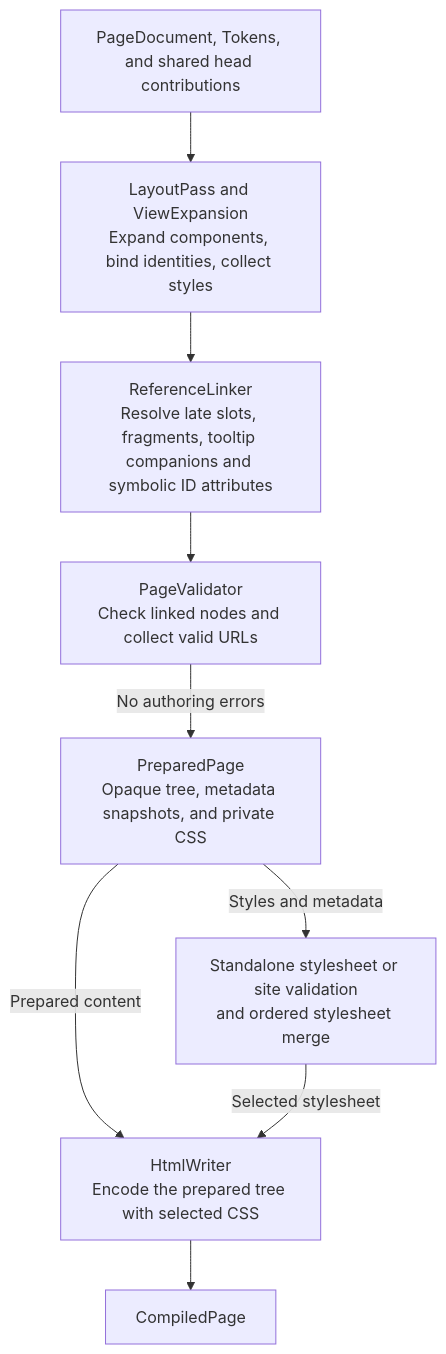
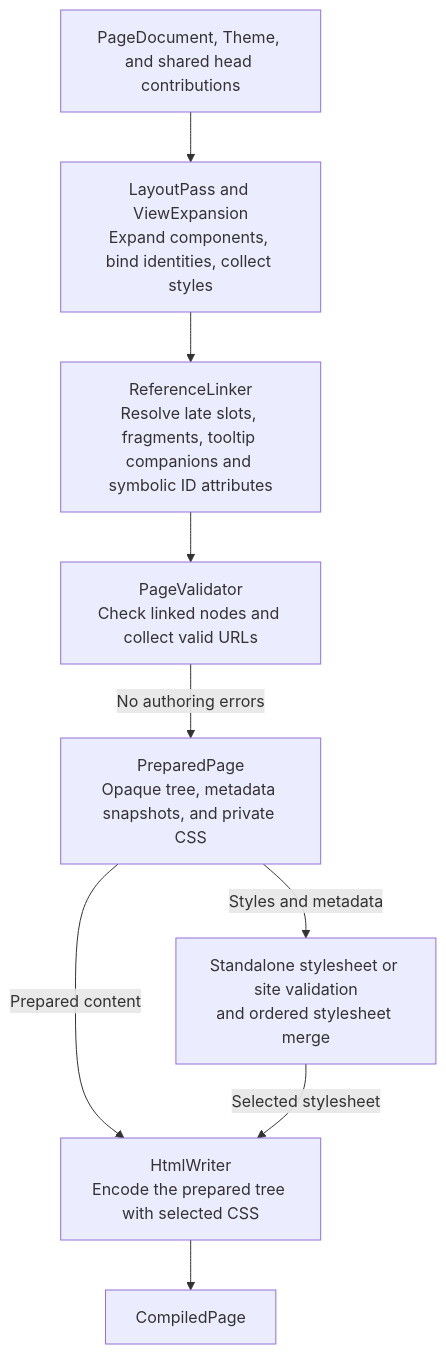
The fourth of 6 diagrams in docs/architecture.md (thiagogcm/tessera), drawn with Mermaid before and after one commit. The commit also changed other lines of this file and 96 other files, not shown here.

````diff
--- a/docs/architecture.md
+++ b/docs/architecture.md
@@ -136,18 +137,18 @@
 ```mermaid
 flowchart TD
-    Input["PageDocument, Tokens, and shared head contributions"]
+    Input["PageDocument, Theme, and shared head contributions"]
     Layout["LayoutPass and ViewExpansion<br/>Expand components, bind identities, collect styles"]
     Linker["ReferenceLinker<br/>Resolve late slots, fragments, tooltip companions and symbolic ID attributes"]
     Validator["PageValidator<br/>Check linked nodes and collect valid URLs"]
     Prepared["PreparedPage<br/>Opaque tree, metadata snapshots, and private CSS"]
     Selection["Standalone stylesheet or site validation<br/>and ordered stylesheet merge"]
     Writer["HtmlWriter<br/>Encode the prepared tree with selected CSS"]
     Output["CompiledPage"]
 
     Input --> Layout --> Linker --> Validator
     Validator -->|No authoring errors| Prepared
     Prepared -->|Prepared content| Writer
     Prepared -->|Styles and metadata| Selection
     Selection -->|Selected stylesheet| Writer
     Writer --> Output
 ```
````
